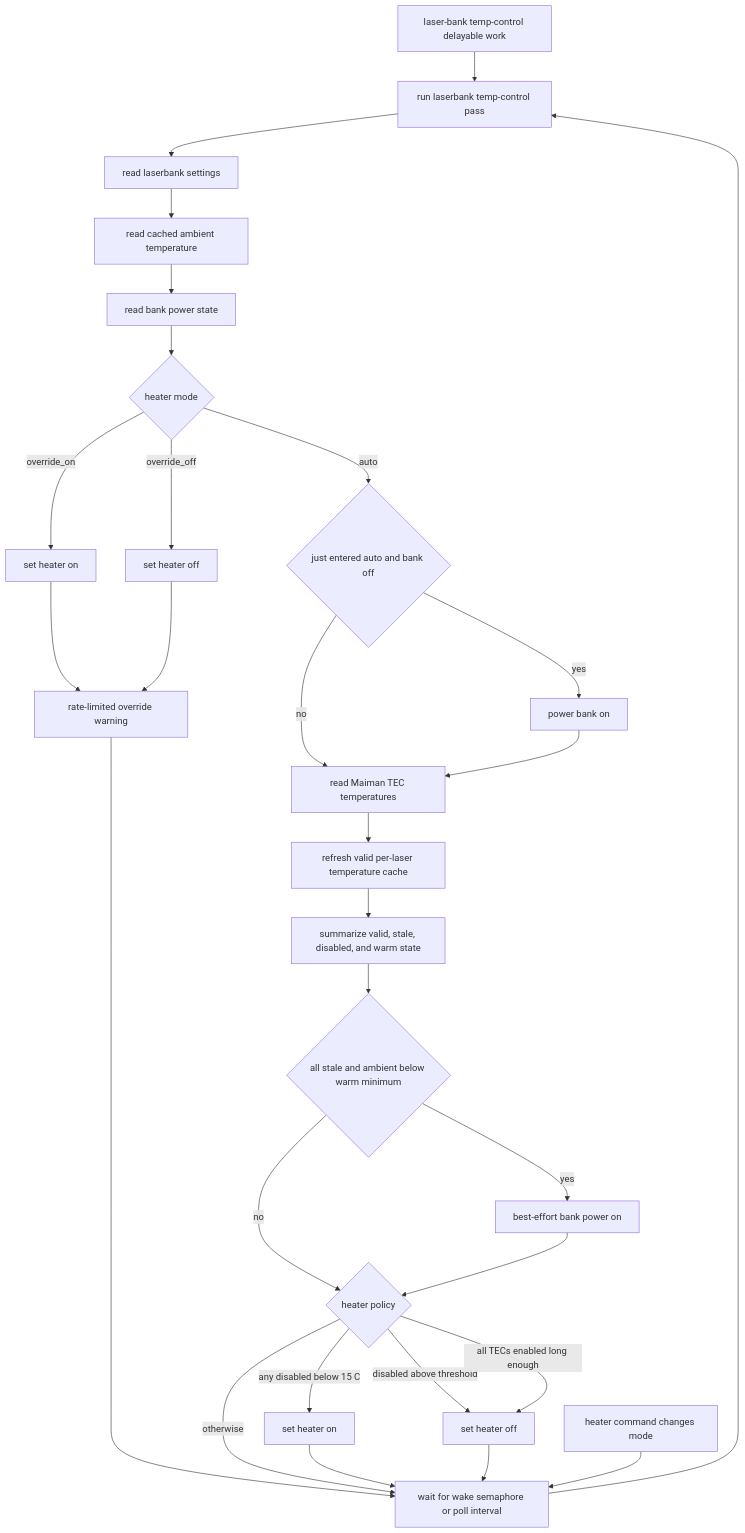
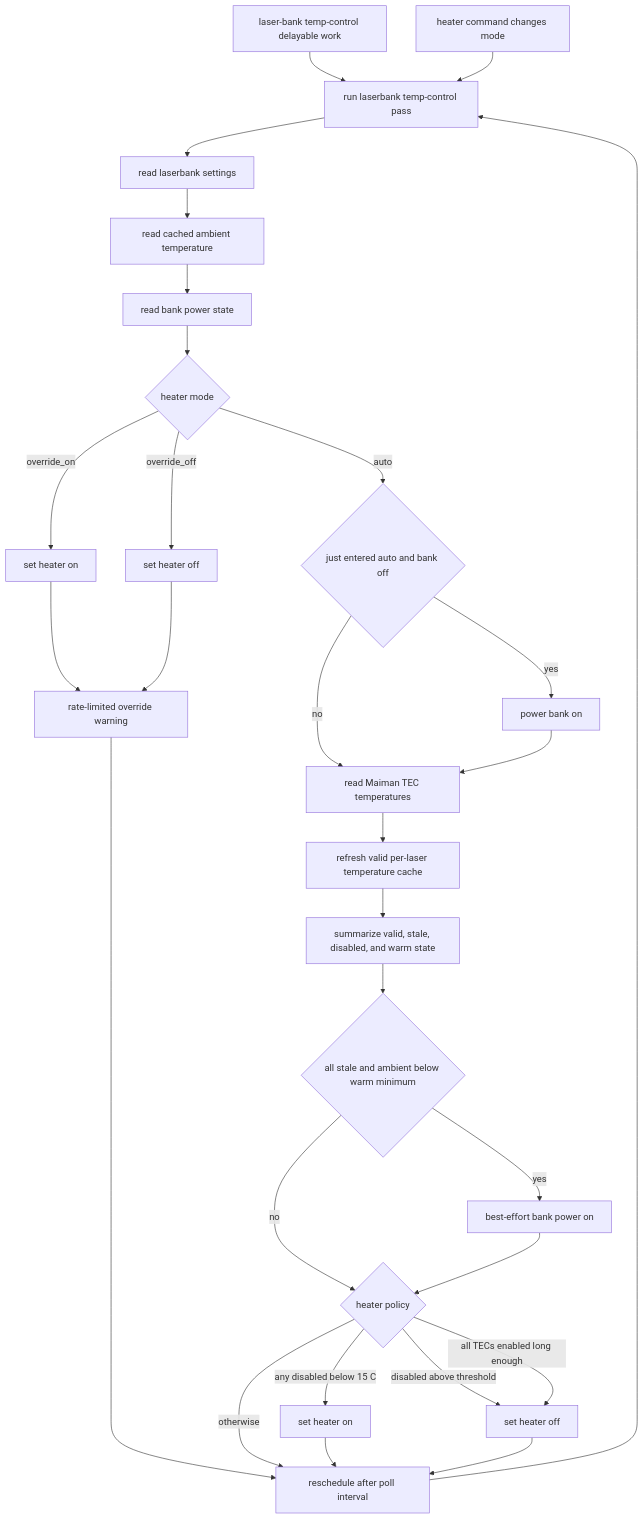
Diagram 20 of 22 in doc/diagrams.md (COO-Utilities/hispec-tib), drawn with Mermaid before and after one commit. The commit also changed other lines of this file and 14 other files, not shown here.

````diff
--- a/doc/diagrams.md
+++ b/doc/diagrams.md
@@ -411,35 +414,35 @@
 ```mermaid
 flowchart TD
   Work[laser-bank temp-control delayable work] --> Cycle[run laserbank temp-control pass]
   Cycle --> Settings[read laserbank settings]
   Settings --> Ambient[read cached ambient temperature]
   Ambient --> Power[read bank power state]
   Power --> Mode{heater mode}
 
   Mode -- override_on --> ForceOn[set heater on]
   Mode -- override_off --> ForceOff[set heater off]
   ForceOn --> OverrideWarn[rate-limited override warning]
   ForceOff --> OverrideWarn
   OverrideWarn --> Wait
 
   Mode -- auto --> EnteredAuto{just entered auto and bank off}
   EnteredAuto -- yes --> PowerBank[power bank on]
   EnteredAuto -- no --> ReadTemps[read Maiman TEC temperatures]
   PowerBank --> ReadTemps
   ReadTemps --> Cache[refresh valid per-laser temperature cache]
   Cache --> Summarize[summarize valid, stale, disabled, and warm state]
   Summarize --> AllStaleCold{all stale and ambient below warm minimum}
   AllStaleCold -- yes --> KeepPower[best-effort bank power on]
   AllStaleCold -- no --> HeaterPolicy
   KeepPower --> HeaterPolicy{heater policy}
   HeaterPolicy -- any disabled below 15 C --> HeaterOn[set heater on]
   HeaterPolicy -- disabled above threshold --> HeaterOff[set heater off]
   HeaterPolicy -- all TECs enabled long enough --> HeaterOff
   HeaterPolicy -- otherwise --> Wait
   HeaterOn --> Wait
   HeaterOff --> Wait
 
-  Wait[wait for wake semaphore or poll interval]
-  Wake[heater command changes mode] --> Wait
+  Wait[reschedule after poll interval]
+  Wake[heater command changes mode] --> Cycle
   Wait --> Cycle
 ```
````
